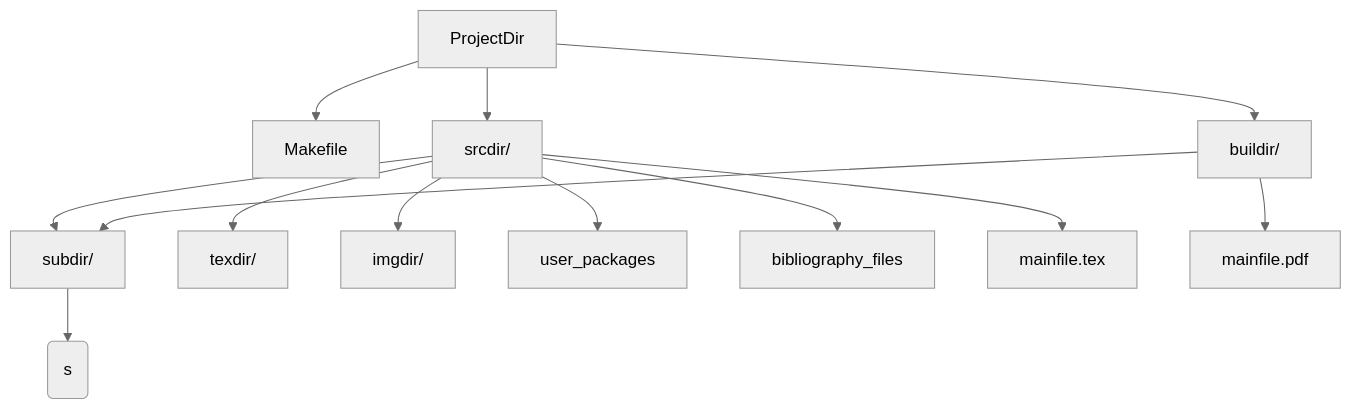
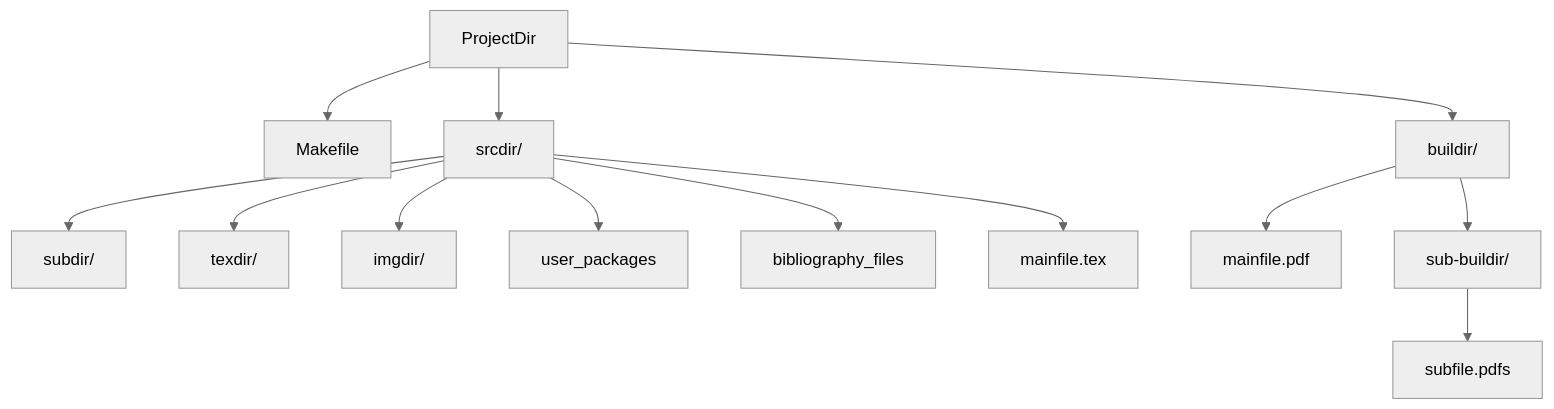
One commit to SidhBhat/make-latex changed the diagram in README.md. Above: the diagram before and after it, drawn with Mermaid (neutral theme). The commit also changed other lines of this file, not shown here.

````diff
--- a/README.md
+++ b/README.md
@@ -87,14 +87,14 @@
 ```mermaid
 graph
 	ProjectDir-->Makefile
 	ProjectDir-->srcdir/
 	ProjectDir-->buildir/
 	srcdir/-->subdir/
 	srcdir/-->texdir/
-    srcdir/-->imgdir/
-    srcdir/-->user_packages
-    srcdir/-->bibliography_files
-    srcdir/-->mainfile.tex
-    buildir/-->mainfile.pdf
-    buildir/-->subdir/-->subfile.pdf(s)
+	srcdir/-->imgdir/
+	srcdir/-->user_packages
+	srcdir/-->bibliography_files
+	srcdir/-->mainfile.tex
+	buildir/-->mainfile.pdf
+	buildir/-->sub-buildir/-->subfile.pdfs
 ```
````
